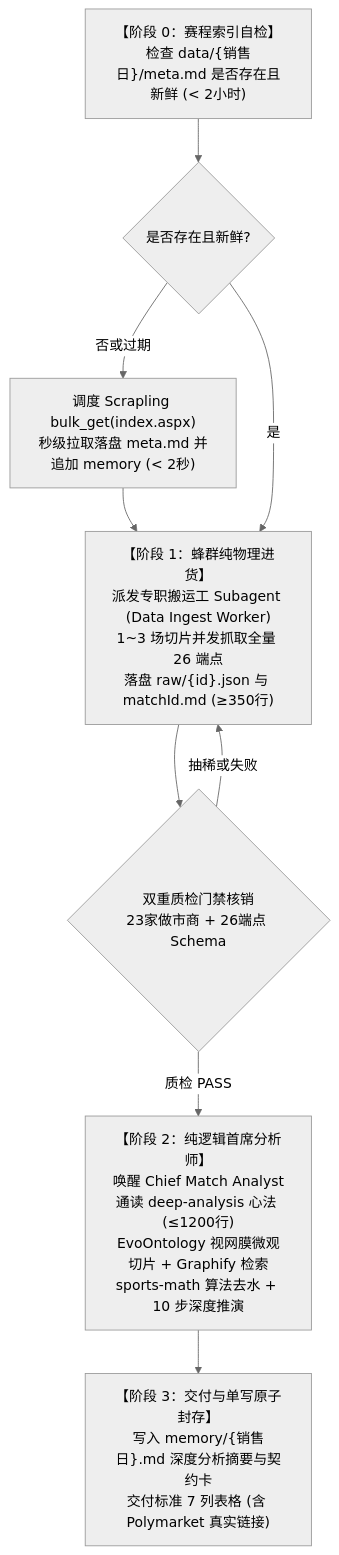
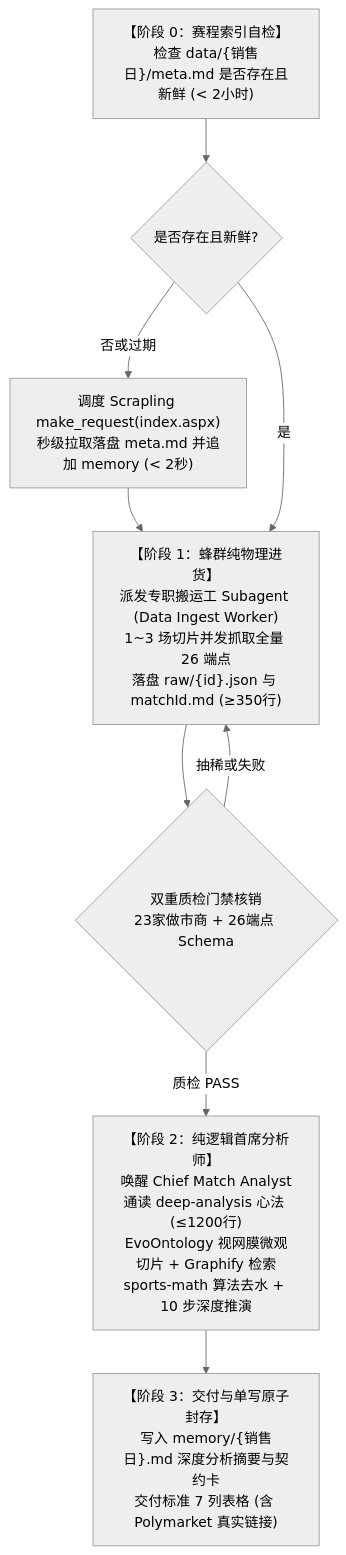
Before and after one commit to i0ivi0i/supodds: the third of 4 diagrams in README.md, drawn with Mermaid (neutral theme). The commit also changed other lines of this file and 39 other files, not shown here.

````diff
--- a/README.md
+++ b/README.md
@@ -139,18 +140,18 @@
 ```mermaid
 flowchart TD
     Z["【阶段 0：赛程索引自检】<br/>检查 data/{销售日}/meta.md 是否存在且新鲜 (< 2小时)"]
     Z_NO{"是否存在且新鲜?"}
-    Z_GET["调度 Scrapling bulk_get(index.aspx)<br/>秒级拉取落盘 meta.md 并追加 memory (< 2秒)"]
+    Z_GET["调度 Scrapling make_request(index.aspx)<br/>秒级拉取落盘 meta.md 并追加 memory (< 2秒)"]
     P1["【阶段 1：蜂群纯物理进货】<br/>派发专职搬运工 Subagent (Data Ingest Worker)<br/>1~3 场切片并发抓取全量 26 端点<br/>落盘 raw/{id}.json 与 matchId.md (≥350行)"]
     P1_GATE{"双重质检门禁核销<br/>23家做市商 + 26端点 Schema"}
     P2["【阶段 2：纯逻辑首席分析师】<br/>唤醒 Chief Match Analyst<br/>通读 deep-analysis 心法 (≤1200行)<br/>EvoOntology 视网膜微观切片 + Graphify 检索<br/>sports-math 算法去水 + 10 步深度推演"]
     OUT["【阶段 3：交付与单写原子封存】<br/>写入 memory/{销售日}.md 深度分析摘要与契约卡<br/>交付标准 7 列表格 (含 Polymarket 真实链接)"]
 
     Z --> Z_NO
     Z_NO -- 否或过期 --> Z_GET --> P1
     Z_NO -- 是 --> P1
     P1 --> P1_GATE
     P1_GATE -- 质检 PASS --> P2
     P1_GATE -- 抽稀或失败 --> P1
     P2 --> OUT
 ```
````
